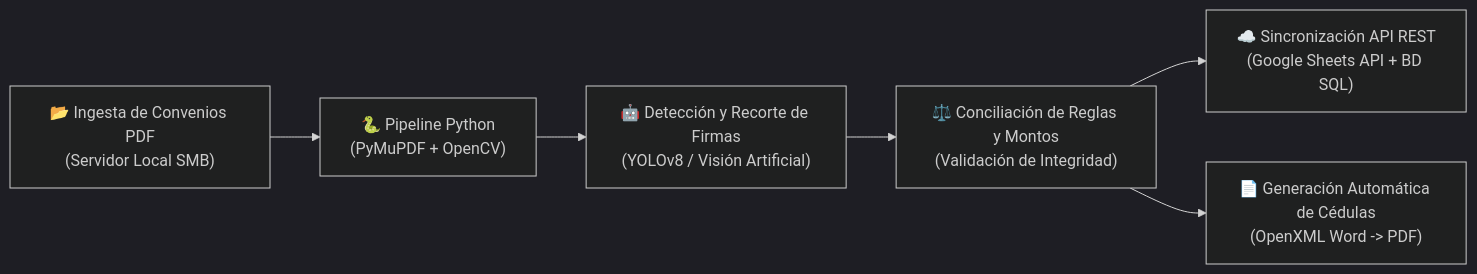
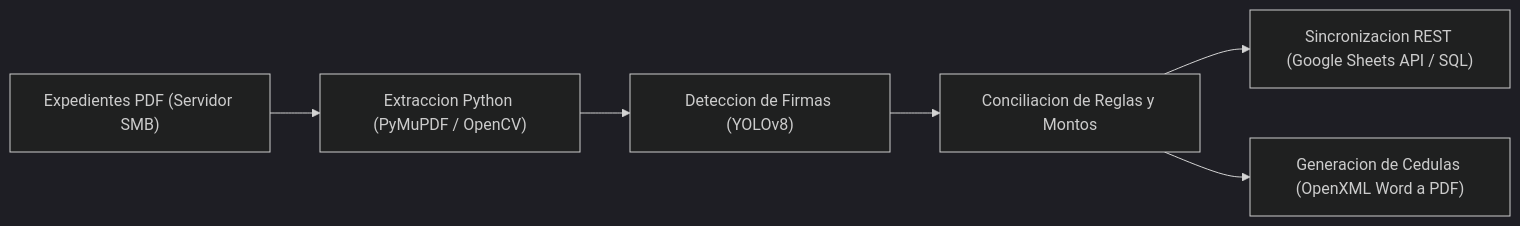
The first of 2 diagrams in README.md (Chuc4x/Chuc4x), drawn with Mermaid (dark theme) before and after one commit. The commit also changed other lines of this file, not shown here.

Commit message:
docs: simplify profile README formatting and fix Mermaid rendering

````diff
--- a/README.md
+++ b/README.md
@@ -20,14 +23,8 @@
 ```mermaid
 flowchart LR
-    A["📂 Ingesta de Convenios PDF
-(Servidor Local SMB)"] --> B["🐍 Pipeline Python
-(PyMuPDF + OpenCV)"]
-    B --> C["🤖 Detección y Recorte de Firmas
-(YOLOv8 / Visión Artificial)"]
-    C --> D["⚖️ Conciliación de Reglas y Montos
-(Validación de Integridad)"]
-    D --> E["☁️ Sincronización API REST
-(Google Sheets API + BD SQL)"]
-    D --> F["📄 Generación Automática de Cédulas
-(OpenXML Word -> PDF)"]
+    A["Expedientes PDF (Servidor SMB)"] --> B["Extraccion Python (PyMuPDF / OpenCV)"]
+    B --> C["Deteccion de Firmas (YOLOv8)"]
+    C --> D["Conciliacion de Reglas y Montos"]
+    D --> E["Sincronizacion REST (Google Sheets API / SQL)"]
+    D --> F["Generacion de Cedulas (OpenXML Word a PDF)"]
 ```
````
